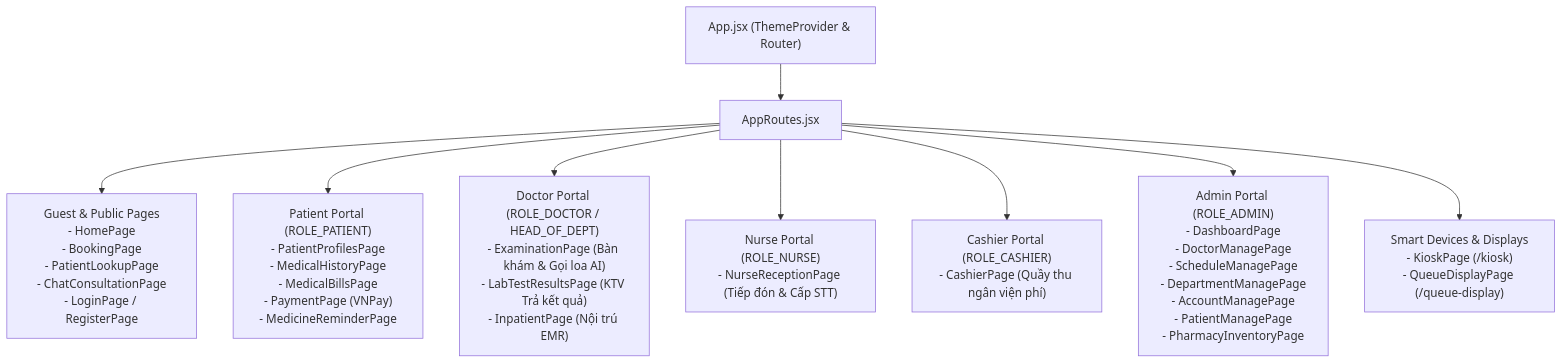
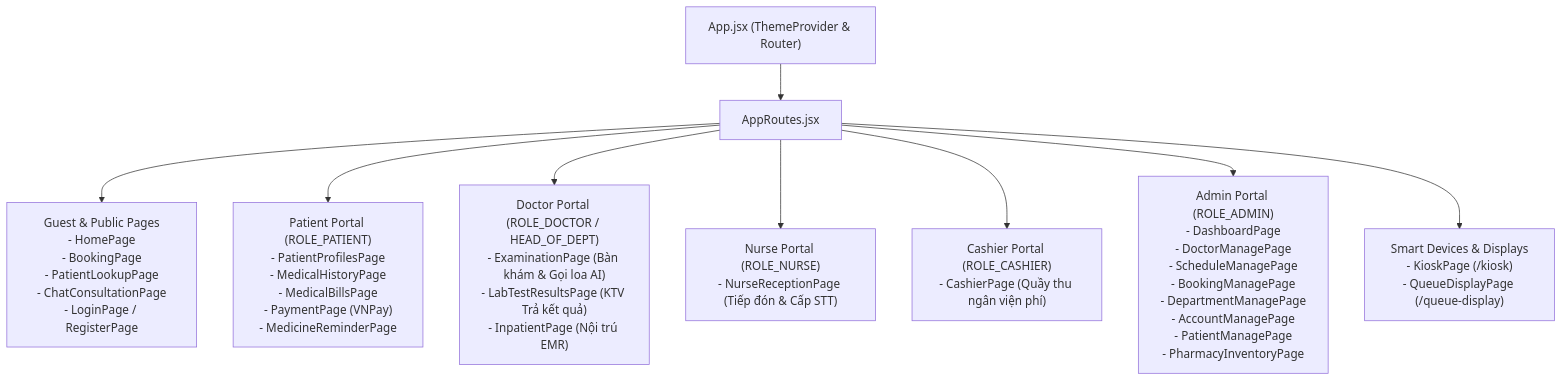
Before and after one commit to tmonster37/kmahos: the third of 3 diagrams in architecture.md, drawn with Mermaid. The commit also changed other lines of this file and 123 other files, not shown here.

````diff
--- a/architecture.md
+++ b/architecture.md
@@ -240,12 +258,12 @@
 ```mermaid
 graph TD
     App["App.jsx (ThemeProvider & Router)"] --> Routes["AppRoutes.jsx"]
     
     Routes --> Guest["Guest & Public Pages\n- HomePage\n- BookingPage\n- PatientLookupPage\n- ChatConsultationPage\n- LoginPage / RegisterPage"]
     Routes --> Patient["Patient Portal (ROLE_PATIENT)\n- PatientProfilesPage\n- MedicalHistoryPage\n- MedicalBillsPage\n- PaymentPage (VNPay)\n- MedicineReminderPage"]
     Routes --> Doctor["Doctor Portal (ROLE_DOCTOR / HEAD_OF_DEPT)\n- ExaminationPage (Bàn khám & Gọi loa AI)\n- LabTestResultsPage (KTV Trả kết quả)\n- InpatientPage (Nội trú EMR)"]
     Routes --> Nurse["Nurse Portal (ROLE_NURSE)\n- NurseReceptionPage (Tiếp đón & Cấp STT)"]
     Routes --> Cashier["Cashier Portal (ROLE_CASHIER)\n- CashierPage (Quầy thu ngân viện phí)"]
-    Routes --> Admin["Admin Portal (ROLE_ADMIN)\n- DashboardPage\n- DoctorManagePage\n- ScheduleManagePage\n- DepartmentManagePage\n- AccountManagePage\n- PatientManagePage\n- PharmacyInventoryPage"]
+    Routes --> Admin["Admin Portal (ROLE_ADMIN)\n- DashboardPage\n- DoctorManagePage\n- ScheduleManagePage\n- BookingManagePage\n- DepartmentManagePage\n- AccountManagePage\n- PatientManagePage\n- PharmacyInventoryPage"]
     Routes --> Devices["Smart Devices & Displays\n- KioskPage (/kiosk)\n- QueueDisplayPage (/queue-display)"]
 ```
````
